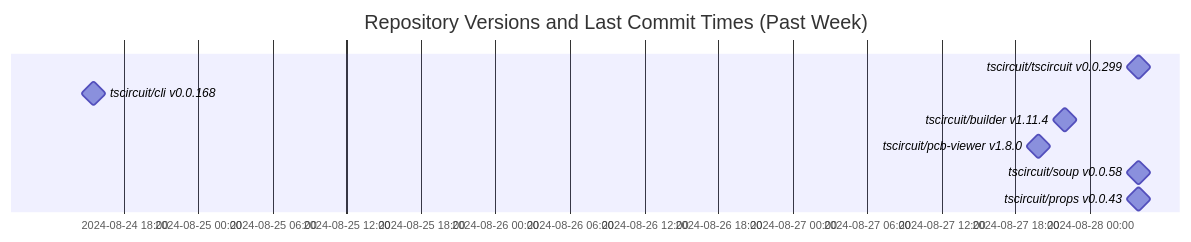
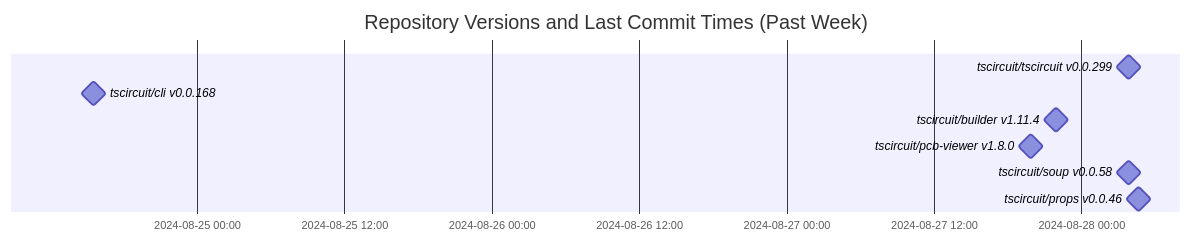
Before and after one commit to tscircuit/version-tracker: the diagram in README.md, drawn with Mermaid.

Commit message:
Update chart

````diff
--- a/README.md
+++ b/README.md
@@ -1,13 +1,13 @@
 ```mermaid
 gantt
   dateFormat  YYYY-MM-DD HH:mm:ss
   title Repository Versions and Last Commit Times (Past Week)
   axisFormat %Y-%m-%d %H:%M
 
   tscircuit/tscircuit v0.0.299 : milestone, 2024-08-28 03:53:09, 1s
   tscircuit/cli v0.0.168 : milestone, 2024-08-24 15:32:19, 1s
   tscircuit/builder v1.11.4 : milestone, 2024-08-27 21:56:45, 1s
   tscircuit/pcb-viewer v1.8.0 : milestone, 2024-08-27 19:53:15, 1s
   tscircuit/soup v0.0.58 : milestone, 2024-08-28 03:54:04, 1s
-  tscircuit/props v0.0.43 : milestone, 2024-08-28 03:55:41, 1s
+  tscircuit/props v0.0.46 : milestone, 2024-08-28 04:40:33, 1s
 ```
````
